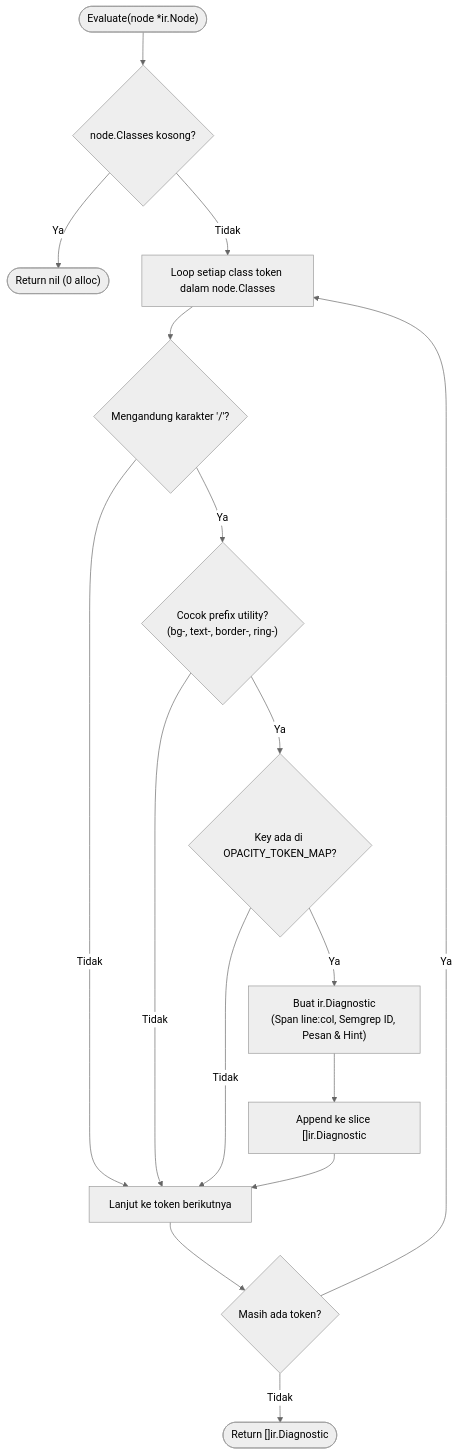
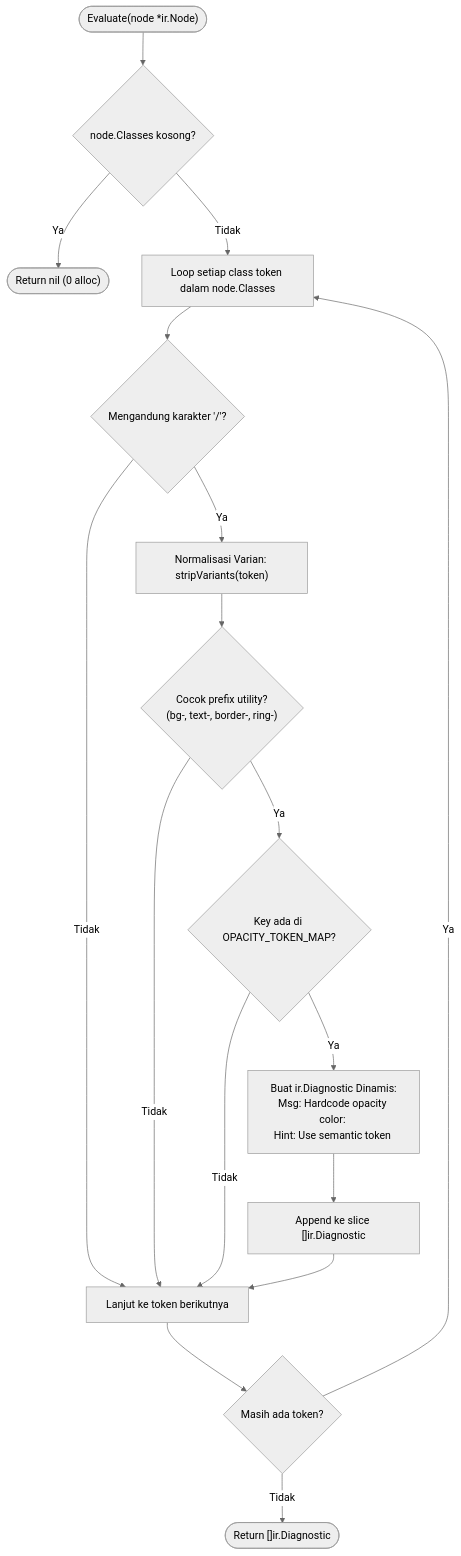
The second of 2 diagrams in docs/02-architecture/03-rules.md (will2469/charites), drawn with Mermaid (neutral theme) before and after one commit. The commit also changed other lines of this file and 4 other files, not shown here.

````diff
--- a/docs/02-architecture/03-rules.md
+++ b/docs/02-architecture/03-rules.md
@@ -152,22 +178,23 @@
 ```mermaid
 flowchart TD
     Start(["Evaluate(node *ir.Node)"]) --> CheckEmpty{"node.Classes kosong?"}
     CheckEmpty -- Ya --> ReturnEmpty(["Return nil (0 alloc)"])
     CheckEmpty -- Tidak --> LoopClasses["Loop setiap class token dalam node.Classes"]
 
     LoopClasses --> CheckSlash{"Mengandung karakter '/'?"}
     CheckSlash -- Tidak --> NextClass["Lanjut ke token berikutnya"]
-    CheckSlash -- Ya --> MatchPrefix{"Cocok prefix utility?\n(bg-, text-, border-, ring-)"}
+    CheckSlash -- Ya --> StripVar["Normalisasi Varian: stripVariants(token)"]
+    StripVar --> MatchPrefix{"Cocok prefix utility?\n(bg-, text-, border-, ring-)"}
 
     MatchPrefix -- Tidak --> NextClass
     MatchPrefix -- Ya --> MapLookup{"Key ada di OPACITY_TOKEN_MAP?"}
 
     MapLookup -- Tidak --> NextClass
-    MapLookup -- Ya --> EmitDiag["Buat ir.Diagnostic\n(Span line:col, Semgrep ID, Pesan & Hint)"]
+    MapLookup -- Ya --> EmitDiag["Buat ir.Diagnostic Dinamis:\nMsg: Hardcode opacity color: <original_class>\nHint: Use semantic token <replacement>"]
     EmitDiag --> Collect["Append ke slice []ir.Diagnostic"]
     Collect --> NextClass
 
     NextClass --> MoreClasses{"Masih ada token?"}
     MoreClasses -- Ya --> LoopClasses
     MoreClasses -- Tidak --> ReturnDiags(["Return []ir.Diagnostic"])
 ```
````
